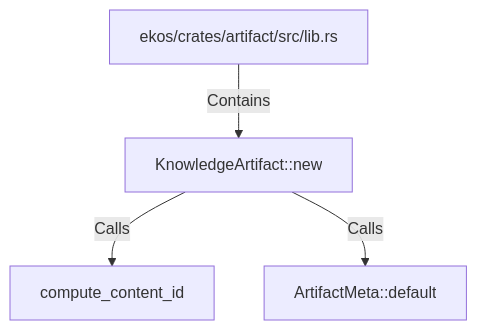
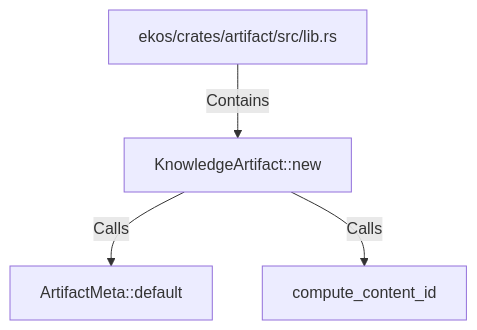
The diagram in doc/entities/rustsymbol/kn/knowledgeartifact-new.md (alexeyban/EKOS), drawn with Mermaid before and after one commit. The commit also changed other lines of this file and 552 other files, not shown here.

````diff
--- a/doc/entities/rustsymbol/kn/knowledgeartifact-new.md
+++ b/doc/entities/rustsymbol/kn/knowledgeartifact-new.md
@@ -22,10 +22,10 @@
 ```mermaid
 graph TD
     n6a696ea8bbb457e28ac4cd7e7cf5c452["KnowledgeArtifact::new"]
     n918532b1739051288de5faf4f7a91daf["ekos/crates/artifact/src/lib.rs"]
     n918532b1739051288de5faf4f7a91daf -->|Contains| n6a696ea8bbb457e28ac4cd7e7cf5c452
+    n75608e6dce35532197aff8b9d4f486b2["ArtifactMeta::default"]
+    n6a696ea8bbb457e28ac4cd7e7cf5c452 -->|Calls| n75608e6dce35532197aff8b9d4f486b2
     n68328ad4597d5947afb08d5a0804e3dd["compute_content_id"]
     n6a696ea8bbb457e28ac4cd7e7cf5c452 -->|Calls| n68328ad4597d5947afb08d5a0804e3dd
-    n75608e6dce35532197aff8b9d4f486b2["ArtifactMeta::default"]
-    n6a696ea8bbb457e28ac4cd7e7cf5c452 -->|Calls| n75608e6dce35532197aff8b9d4f486b2
 ```
````
